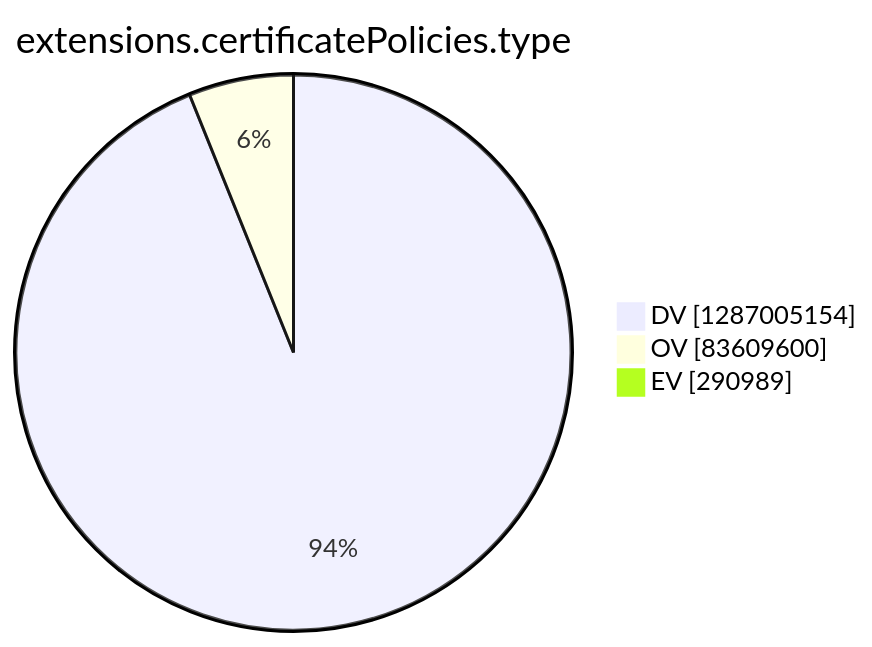
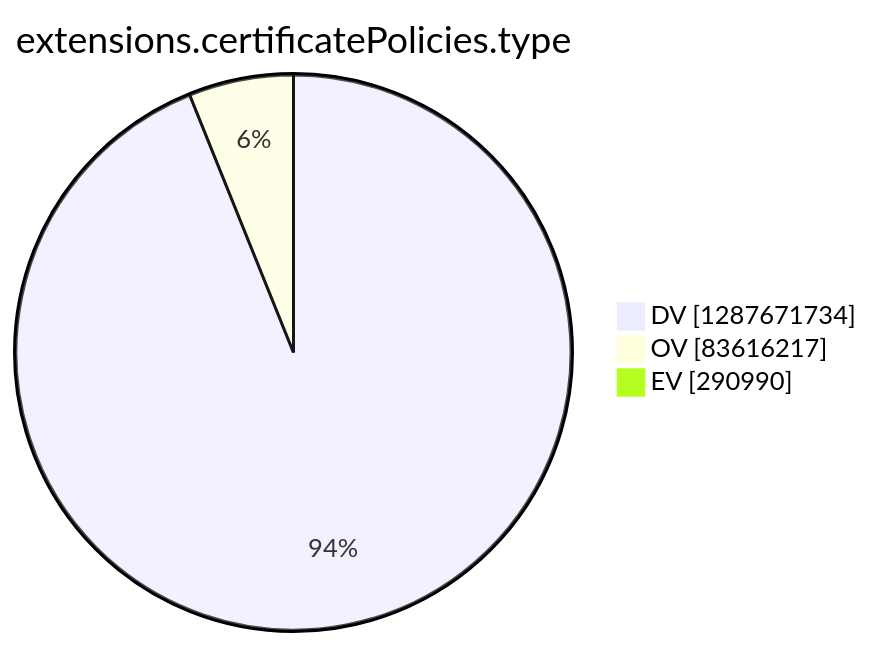
Before and after one commit to christiankrug/ctmonitor_visualization: the tenth of 15 diagrams in argon2022/README.md, drawn with Mermaid. The commit also changed other lines of this file, not shown here.

````diff
--- a/argon2022/README.md
+++ b/argon2022/README.md
@@ -2771,7 +2771,7 @@
 ```mermaid
 pie showData
 title extensions.certificatePolicies.type
-"DV" :1287005154
-"OV" :83609600
-"EV" :290989
+"DV" :1287671734
+"OV" :83616217
+"EV" :290990
 ```
````
